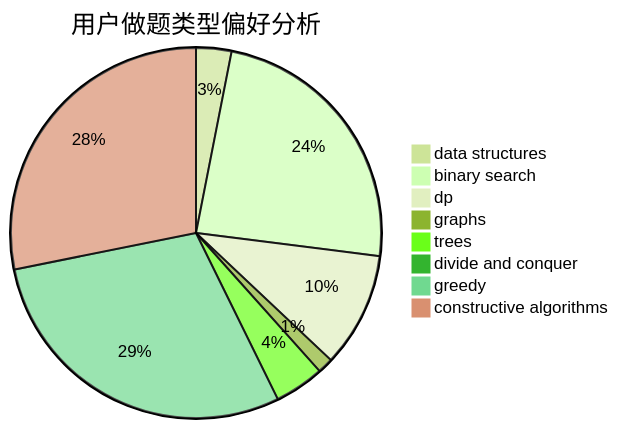
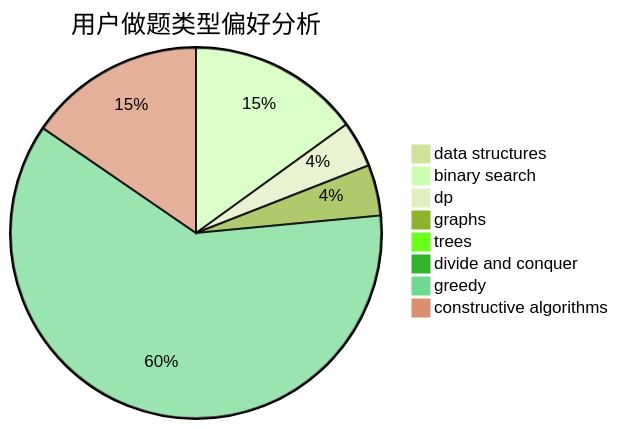
Before and after one commit to sherpahu/cfrs.github.io: the second of 3 diagrams in docs/user/u1070.md, drawn with Mermaid (forest theme). The commit also changed other lines of this file and 2770 other files, not shown here.

````diff
--- a/docs/user/u1070.md
+++ b/docs/user/u1070.md
@@ -23,11 +23,11 @@
 ```mermaid
 pie title 用户做题类型偏好分析
-    "data structures" :  32
-    "binary search" :  248
-    "dp" :  104
-    "graphs" :  14
-    "trees" :  45
-    "divide and conquer" :  9
-    "greedy" :  302
-    "constructive algorithms" :  292
+    "data structures" :  2
+    "binary search" :  112
+    "dp" :  30
+    "graphs" :  33
+    "trees" :  5
+    "divide and conquer" :  1
+    "greedy" :  455
+    "constructive algorithms" :  115
 ```
````
